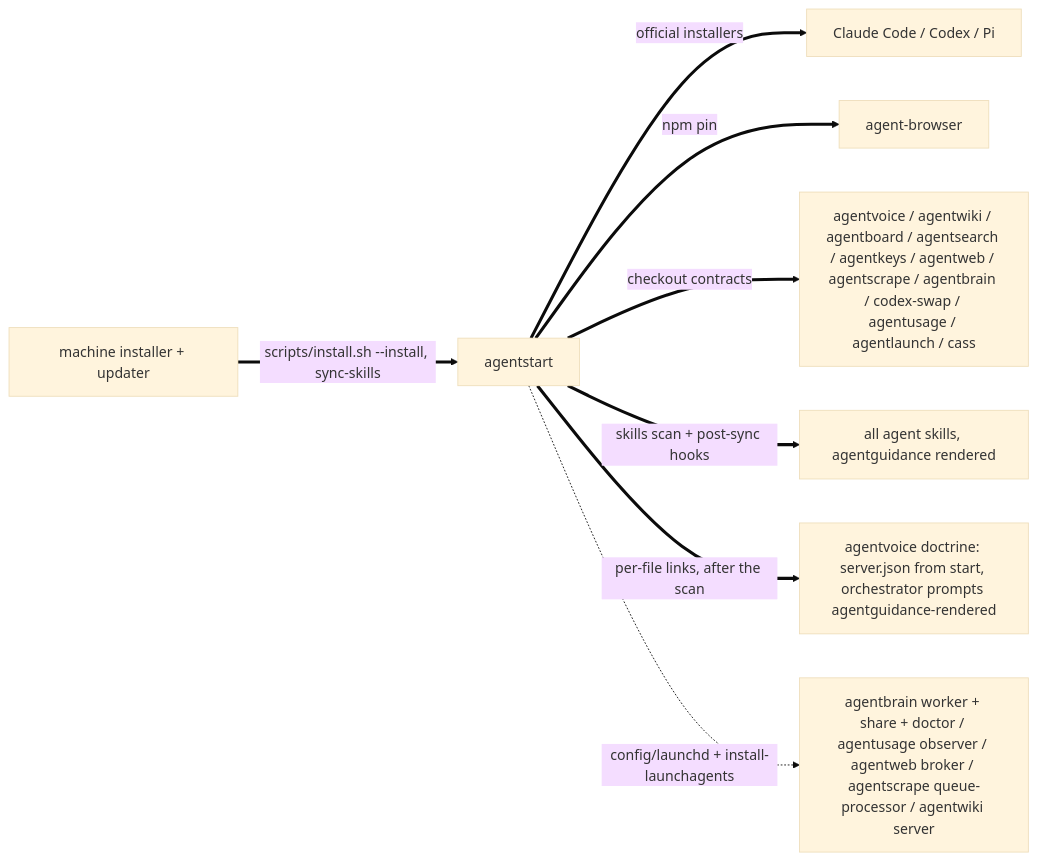
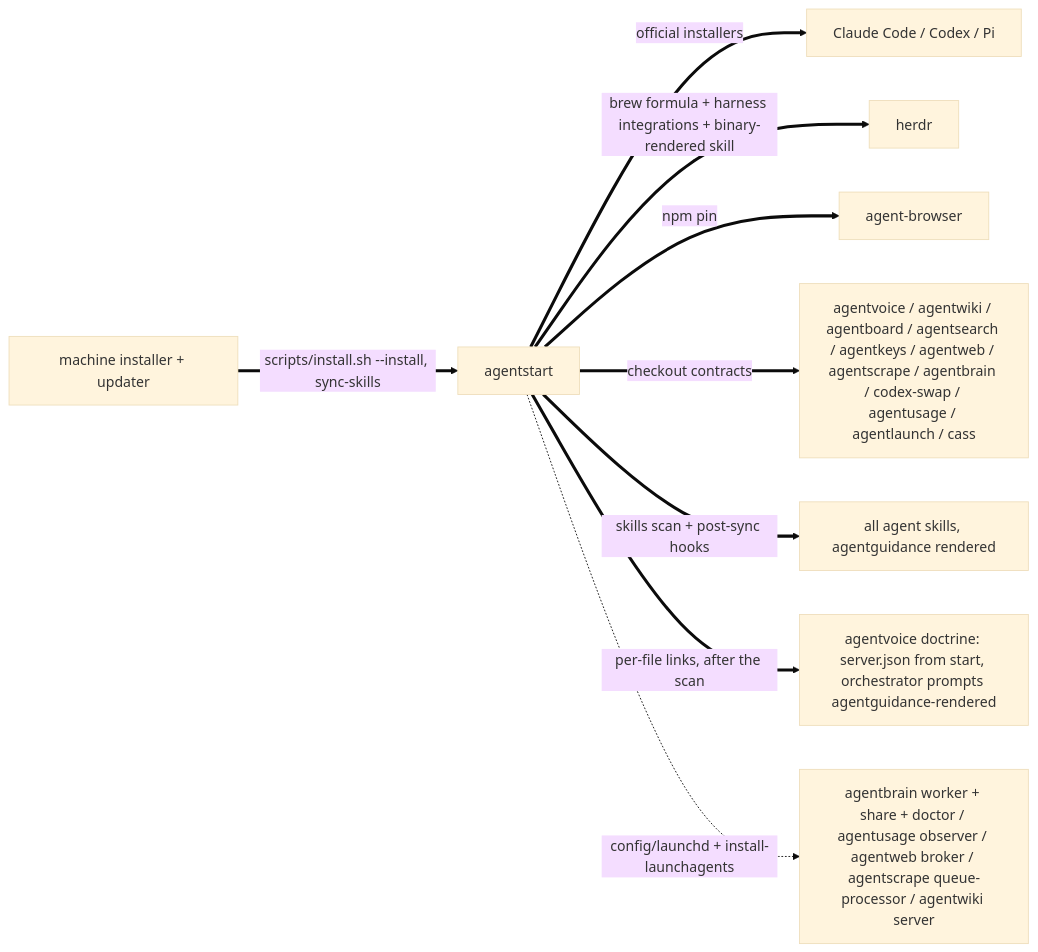
The second of 3 diagrams in skills/fleet/MAP.md (possibilities/agentdots), drawn with Mermaid (base theme) before and after one commit. The commit also changed other lines of this file and 3 other files, not shown here.

First line of the commit message:
Install the surface skill from the herdr binary and wire surface wakes on

````diff
--- a/skills/fleet/MAP.md
+++ b/skills/fleet/MAP.md
@@ -68,13 +70,14 @@
 ```mermaid
 flowchart LR
     machine[machine installer + updater]
     start[agentstart]
 
     machine ==>|scripts/install.sh --install, sync-skills| start
     start ==>|official installers| harnesses[Claude Code / Codex / Pi]
+    start ==>|brew formula + harness integrations + binary-rendered skill| herdrInstall[herdr]
     start ==>|npm pin| browser[agent-browser]
     start ==>|checkout contracts| fleet[agentvoice / agentwiki / agentboard / agentsearch / agentkeys / agentweb / agentscrape / agentbrain / codex-swap / agentusage / agentlaunch / cass]
     start ==>|skills scan + post-sync hooks| skills[all agent skills, agentguidance rendered]
     start ==>|per-file links, after the scan| voiceDoctrine[agentvoice doctrine: server.json from start, orchestrator prompts agentguidance-rendered]
     start -.->|config/launchd + install-launchagents| services[agentbrain worker + share + doctor / agentusage observer / agentweb broker / agentscrape queue-processor / agentwiki server]
 ```
````
